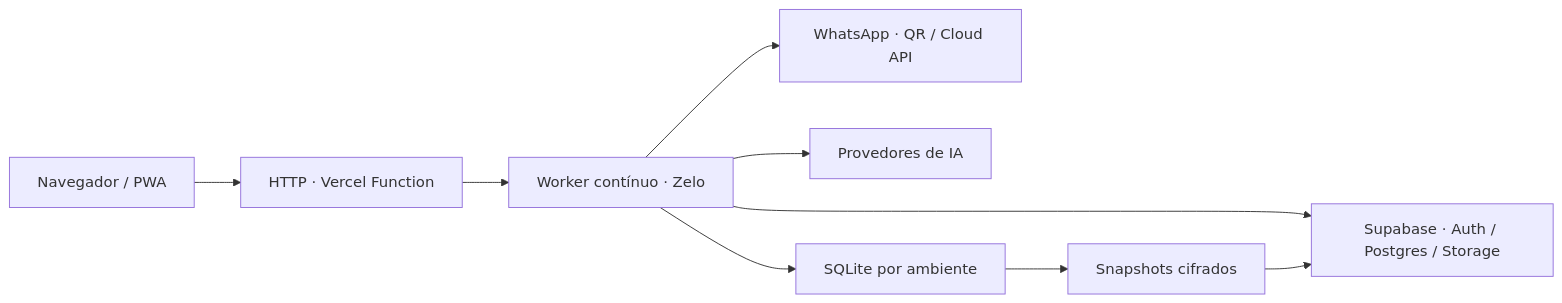
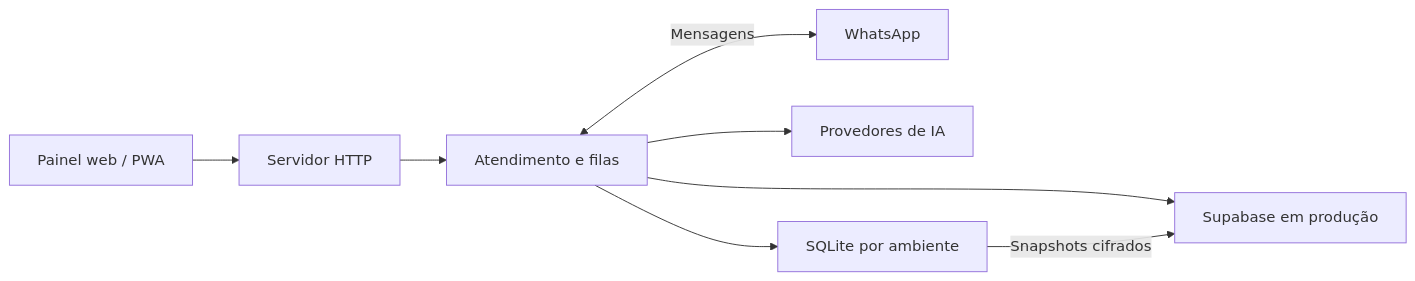
The diagram in README.md (RafaelADSdev/Zelo), drawn with Mermaid before and after one commit. The commit also changed other lines of this file and 7 other files, not shown here.

````diff
--- a/README.md
+++ b/README.md
@@ -250,11 +154,10 @@
 ```mermaid
 flowchart LR
-    A["Navegador / PWA"] --> B["HTTP · Vercel Function"]
-    B --> C["Worker contínuo · Zelo"]
-    C --> D["WhatsApp · QR / Cloud API"]
+    A["Painel web / PWA"] --> B["Servidor HTTP"]
+    B --> C["Atendimento e filas"]
+    C <-->|Mensagens| D["WhatsApp"]
     C --> E["Provedores de IA"]
-    C --> F["Supabase · Auth / Postgres / Storage"]
-    C --> G["SQLite por ambiente"]
-    G --> H["Snapshots cifrados"]
-    H --> F
+    C --> F["SQLite por ambiente"]
+    C --> G["Supabase em produção"]
+    F -->|Snapshots cifrados| G
 ```
````
